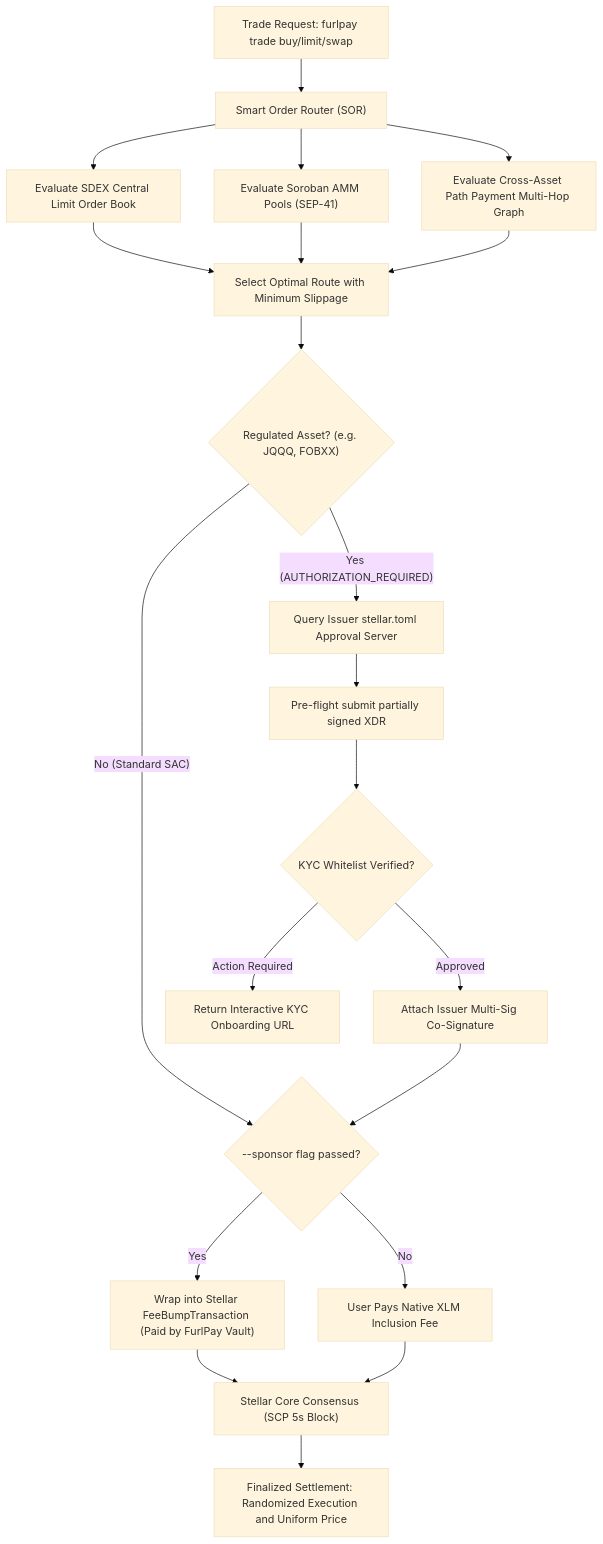
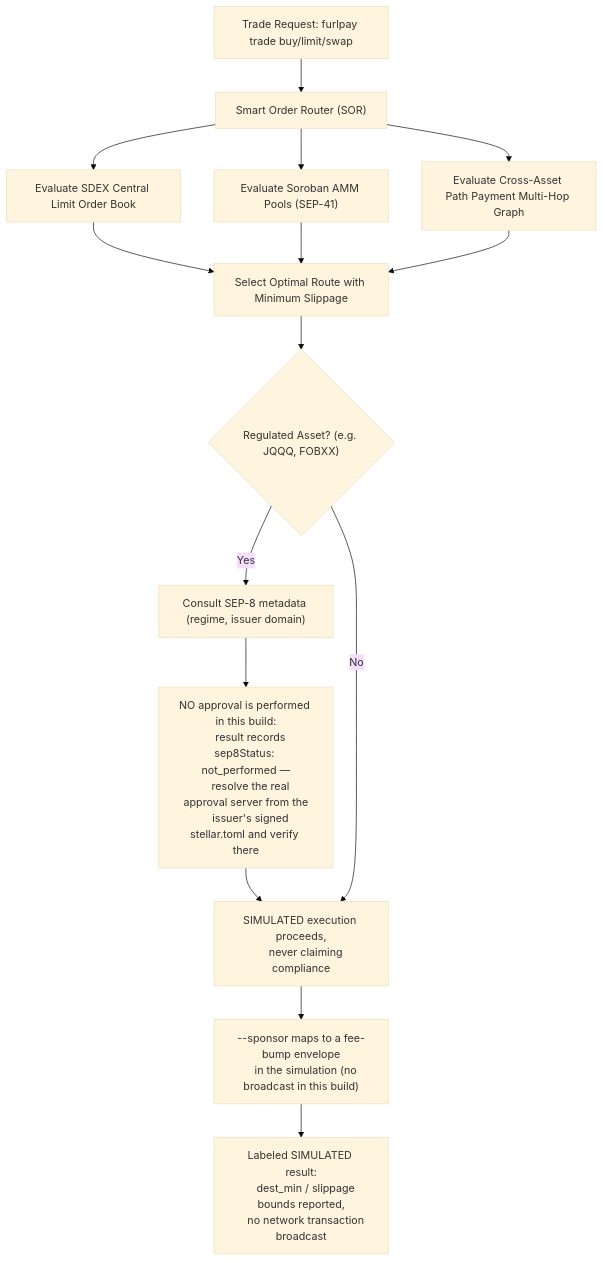
The third of 4 diagrams in README.md (FurlPay/furlpay-cli), drawn with Mermaid (base theme) before and after one commit. The commit also changed other lines of this file and 12 other files, not shown here.

````diff
--- a/README.md
+++ b/README.md
@@ -177,31 +177,31 @@
 ```mermaid
 flowchart TD
     UserReq["Trade Request: furlpay trade buy/limit/swap"] --> SOR["Smart Order Router (SOR)"]
-    
+
     SOR --> SDEX_Check["Evaluate SDEX Central Limit Order Book"]
     SOR --> AMM_Check["Evaluate Soroban AMM Pools (SEP-41)"]
     SOR --> Path_Check["Evaluate Cross-Asset Path Payment Multi-Hop Graph"]
 
     SDEX_Check --> BestRoute["Select Optimal Route with Minimum Slippage"]
     AMM_Check --> BestRoute
     Path_Check --> BestRoute
 
     BestRoute --> RegCheck{"Regulated Asset? (e.g. JQQQ, FOBXX)"}
 
-    RegCheck -- "Yes (AUTHORIZATION_REQUIRED)" --> SEP8_Query["Query Issuer stellar.toml Approval Server"]
-    SEP8_Query --> SEP8_Submit["Pre-flight submit partially signed XDR"]
-    SEP8_Submit --> KYC_Gate{"KYC Whitelist Verified?"}
-    KYC_Gate -- "Approved" --> SEP8_Attach["Attach Issuer Multi-Sig Co-Signature"]
-    KYC_Gate -- "Action Required" --> KYC_Prompt["Return Interactive KYC Onboarding URL"]
+    RegCheck -- "Yes" --> SEP8_Metadata["Consult SEP-8 metadata (regime, issuer domain)"]
+    SEP8_Metadata --> SEP8_Honest["NO approval is performed in this build:
+    result records sep8Status: not_performed —
+    resolve the real approval server from the
+    issuer's signed stellar.toml and verify there"]
+    SEP8_Honest --> SimRun["SIMULATED execution proceeds,
+    never claiming compliance"]
 
-    RegCheck -- "No (Standard SAC)" --> SponsorCheck{"--sponsor flag passed?"}
-    SEP8_Attach --> SponsorCheck
+    RegCheck -- "No" --> SimRun
 
-    SponsorCheck -- "Yes" --> FeeBump["Wrap into Stellar FeeBumpTransaction (Paid by FurlPay Vault)"]
-    SponsorCheck -- "No" --> UserFee["User Pays Native XLM Inclusion Fee"]
+    SimRun --> SponsorNote["--sponsor maps to a fee-bump envelope
+    in the simulation (no broadcast in this build)"]
 
-    FeeBump --> StellarCore["Stellar Core Consensus (SCP 5s Block)"]
-    UserFee --> StellarCore
-
-    StellarCore --> Settlement["Finalized Settlement: Randomized Execution and Uniform Price"]
+    SponsorNote --> Result["Labeled SIMULATED result:
+    dest_min / slippage bounds reported,
+    no network transaction broadcast"]
 ```
````
